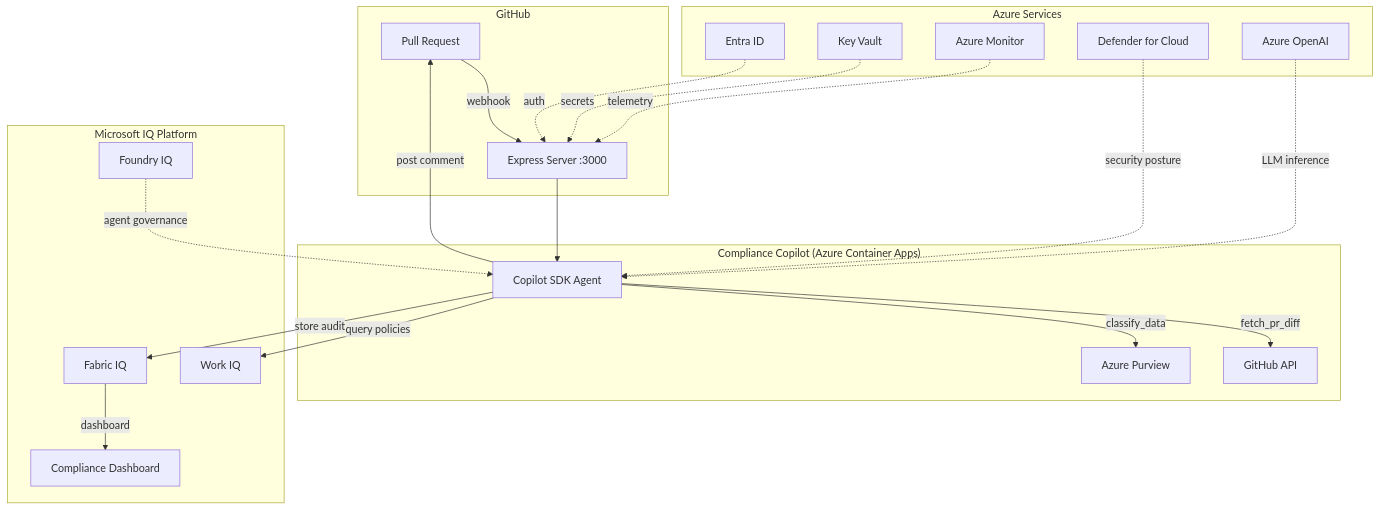
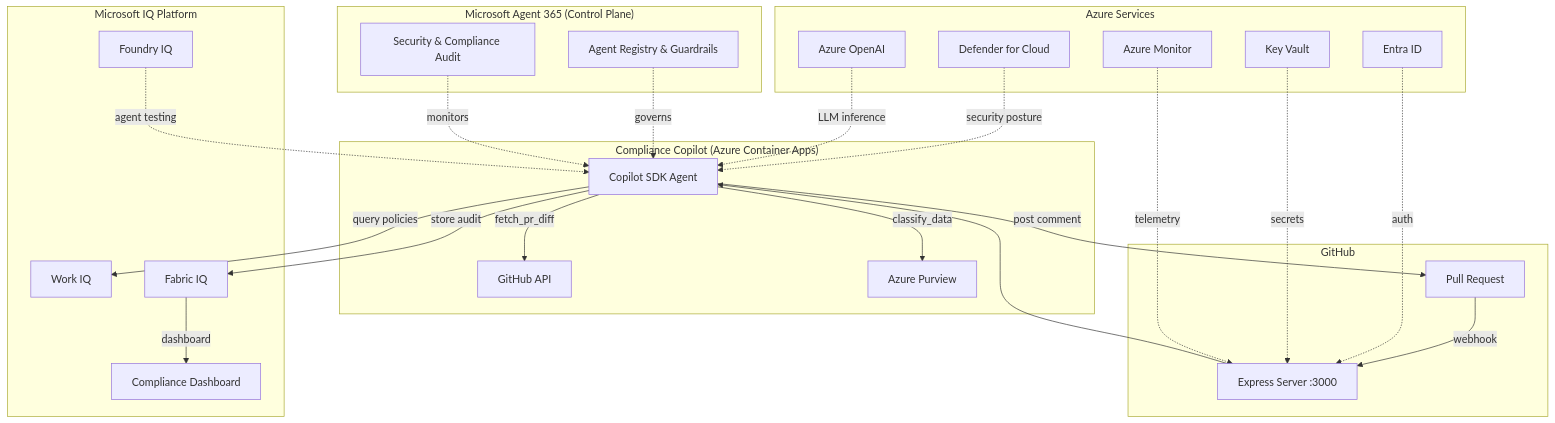
One commit to adgranoff/Compliance-Copilot changed the diagram in docs/README.md. Above: the diagram before and after it, drawn with Mermaid. The commit also changed other lines of this file and 3 other files, not shown here.

First line of the commit message:
Add Microsoft Agent 365 as the control plane for agent governance

````diff
--- a/docs/README.md
+++ b/docs/README.md
@@ -39,29 +39,36 @@
 ```mermaid
 graph TB
+    subgraph "Microsoft Agent 365 (Control Plane)"
+        Registry[Agent Registry & Guardrails]
+        SecurityPosture[Security & Compliance Audit]
+    end
+
     subgraph "GitHub"
         PR[Pull Request] -->|webhook| Server
     end
 
     subgraph "Compliance Copilot (Azure Container Apps)"
         Server[Express Server :3000] --> Agent[Copilot SDK Agent]
         Agent -->|fetch_pr_diff| GH[GitHub API]
         Agent -->|classify_data| Purview[Azure Purview]
     end
 
     subgraph "Microsoft IQ Platform"
         Agent -->|query policies| WIQ[Work IQ]
         Agent -->|store audit| FIQ[Fabric IQ]
         FIQ -->|dashboard| Dashboard[Compliance Dashboard]
-        FoundryIQ[Foundry IQ] -.->|agent governance| Agent
+        FoundryIQ[Foundry IQ] -.->|agent testing| Agent
     end
 
     subgraph "Azure Services"
         Entra[Entra ID] -.->|auth| Server
         KV[Key Vault] -.->|secrets| Server
         Monitor[Azure Monitor] -.->|telemetry| Server
         Defender[Defender for Cloud] -.->|security posture| Agent
         AOAI[Azure OpenAI] -.->|LLM inference| Agent
     end
 
+    Registry -.->|governs| Agent
+    SecurityPosture -.->|monitors| Agent
     Agent -->|post comment| PR
 ```
````
